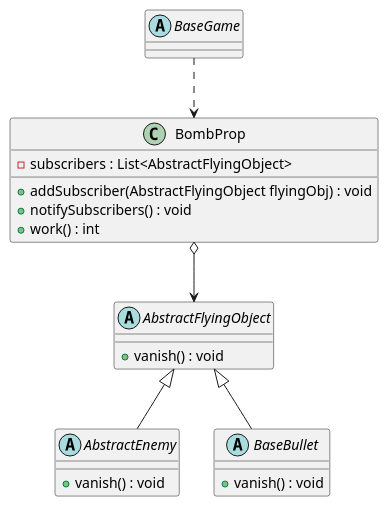
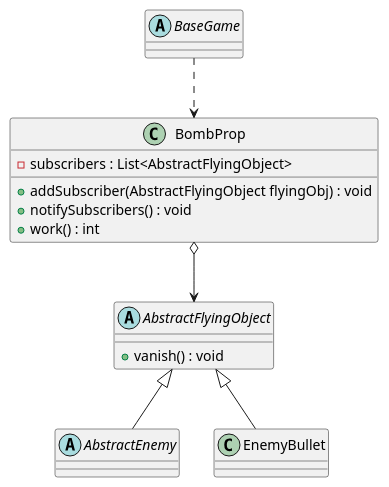
Before and after one commit to linkfqy/AircraftWar: the diagram in uml/ObserverPattern.puml, drawn with PlantUML. The commit also changed 7 other files, not shown here.

Commit message:
更新了UML类图

```diff
--- a/uml/ObserverPattern.puml
+++ b/uml/ObserverPattern.puml
@@ -1,22 +1,18 @@
 @startuml
 class BombProp{
     - subscribers : List<AbstractFlyingObject>
     + addSubscriber(AbstractFlyingObject flyingObj) : void
     + notifySubscribers() : void
     + work() : int
 }
 abstract class AbstractFlyingObject{
     + vanish() : void
 }
-abstract class AbstractEnemy{
-    + vanish() : void
-}
-abstract class BaseBullet{
-    + vanish() : void
-}
+abstract class AbstractEnemy{}
+class EnemyBullet{}
 AbstractFlyingObject <|-- AbstractEnemy
-AbstractFlyingObject <|-- BaseBullet
+AbstractFlyingObject <|-- EnemyBullet
 BombProp o--> AbstractFlyingObject
 abstract class BaseGame{}
 BaseGame ..> BombProp
 @enduml
```
